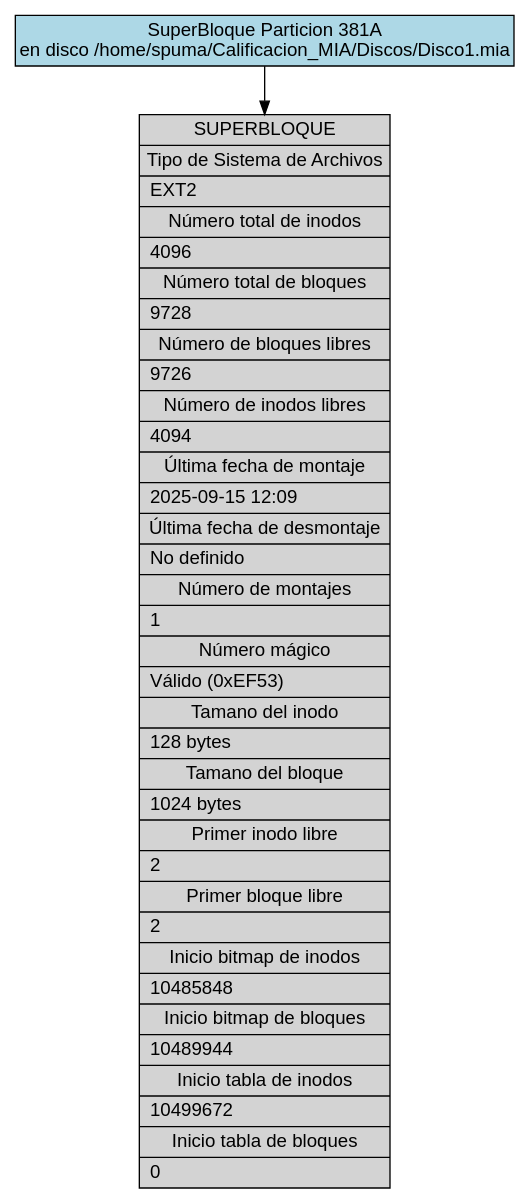
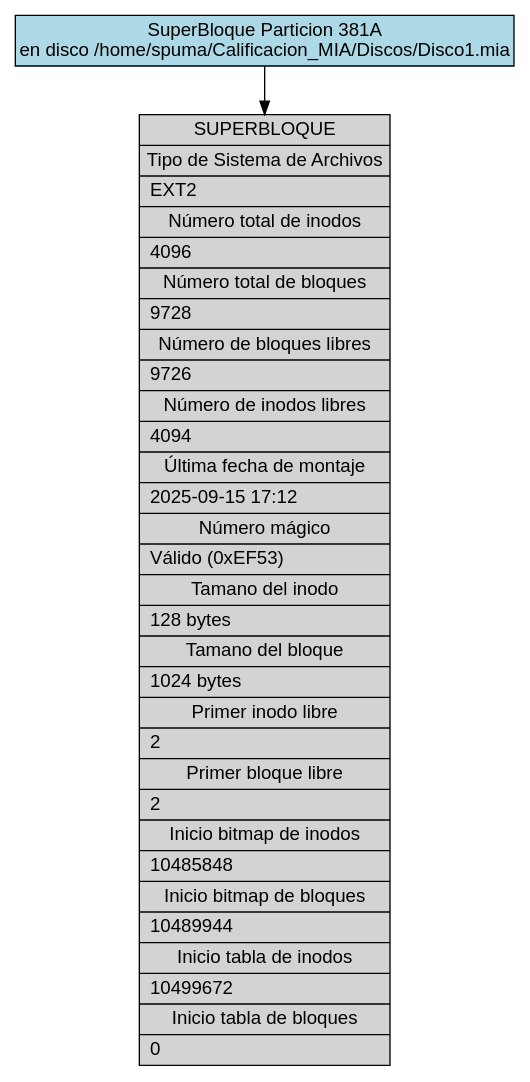
One commit to DiegVas/MIA_2S2025_P1_202300638 changed the diagram in backend/provider/reports/src/sb_381A.dot. Above: the diagram before and after it, drawn with Graphviz. The commit also changed 30 other files, not shown here.

```diff
--- a/backend/provider/reports/src/sb_381A.dot
+++ b/backend/provider/reports/src/sb_381A.dot
@@ -1,13 +1,13 @@
 digraph Superblock_Report {
     rankdir=TB;
     node [shape=record, fontname="Arial"];
     edge [fontname="Arial"];
     graph [fontname="Arial"];
 
     title [label="SuperBloque Particion 381A\nen disco /home/spuma/Calificacion_MIA/Discos/Disco1.mia", shape=box, style=filled, fillcolor=lightblue];
 
-    superblock [label="{SUPERBLOQUE|Tipo de Sistema de Archivos|EXT2\l|Número total de inodos|4096\l|Número total de bloques|9728\l|Número de bloques libres|9726\l|Número de inodos libres|4094\l|Última fecha de montaje|2025-09-15 12:09\l|Última fecha de desmontaje|No definido\l|Número de montajes|1\l|Número mágico|Válido (0xEF53)\l|Tamano del inodo|128 bytes\l|Tamano del bloque|1024 bytes\l|Primer inodo libre|2\l|Primer bloque libre|2\l|Inicio bitmap de inodos|10485848\l|Inicio bitmap de bloques|10489944\l|Inicio tabla de inodos|10499672\l|Inicio tabla de bloques|0\l}", style=filled, fillcolor=lightgray];
+    superblock [label="{SUPERBLOQUE|Tipo de Sistema de Archivos|EXT2\l|Número total de inodos|4096\l|Número total de bloques|9728\l|Número de bloques libres|9726\l|Número de inodos libres|4094\l|Última fecha de montaje|2025-09-15 17:12\l|Número mágico|Válido (0xEF53)\l|Tamano del inodo|128 bytes\l|Tamano del bloque|1024 bytes\l|Primer inodo libre|2\l|Primer bloque libre|2\l|Inicio bitmap de inodos|10485848\l|Inicio bitmap de bloques|10489944\l|Inicio tabla de inodos|10499672\l|Inicio tabla de bloques|0\l}", style=filled, fillcolor=lightgray];
 
     title -> superblock;
 
 }
```
